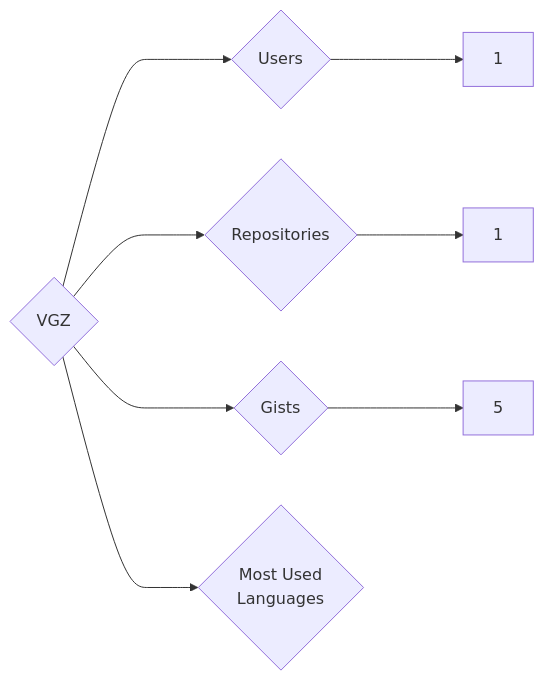
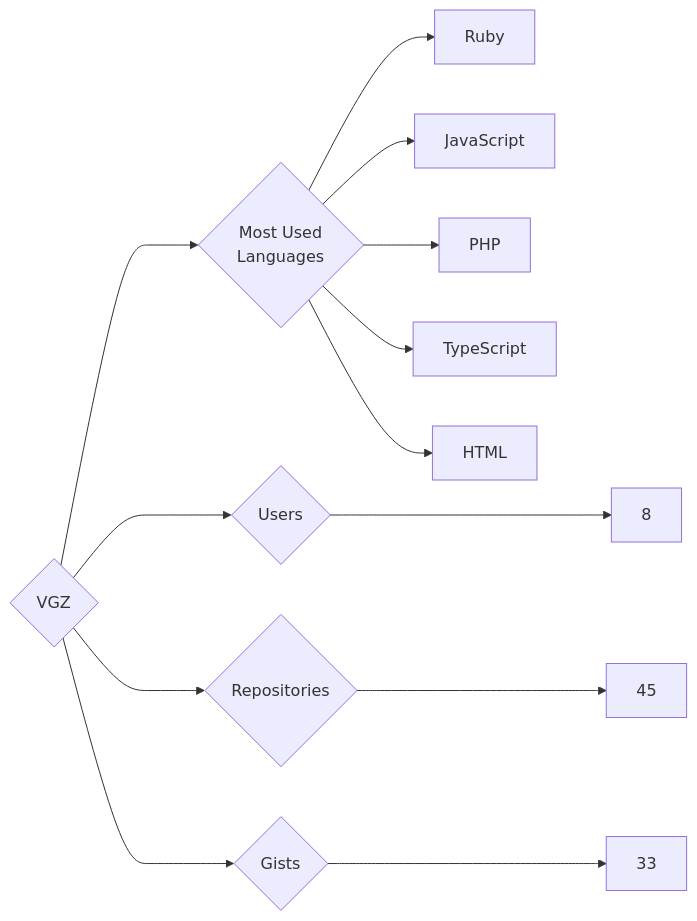
Before and after one commit to trickest/insiders: the diagram in targets/VGZ/README.md, drawn with Mermaid. The commit also changed 860 other files, not shown here.

````diff
--- a/targets/VGZ/README.md
+++ b/targets/VGZ/README.md
@@ -3,8 +3,13 @@
 ```mermaid
 graph LR
 COMPANY_NAME{VGZ}
-COMPANY_NAME ---> U{Users} ---> UN[1]
-COMPANY_NAME ---> R{Repositories} ---> RN[1]
-COMPANY_NAME ---> G{Gists} ---> GN[5]
+COMPANY_NAME ---> U{Users} ---> UN[8]
+COMPANY_NAME ---> R{Repositories} ---> RN[45]
+COMPANY_NAME ---> G{Gists} ---> GN[33]
 COMPANY_NAME ---> ML{Most Used<br>Languages}
+ML --> Ruby[Ruby]
+ML --> JavaScript[JavaScript]
+ML --> PHP[PHP]
+ML --> TypeScript[TypeScript]
+ML --> HTML[HTML]
 ```
````
